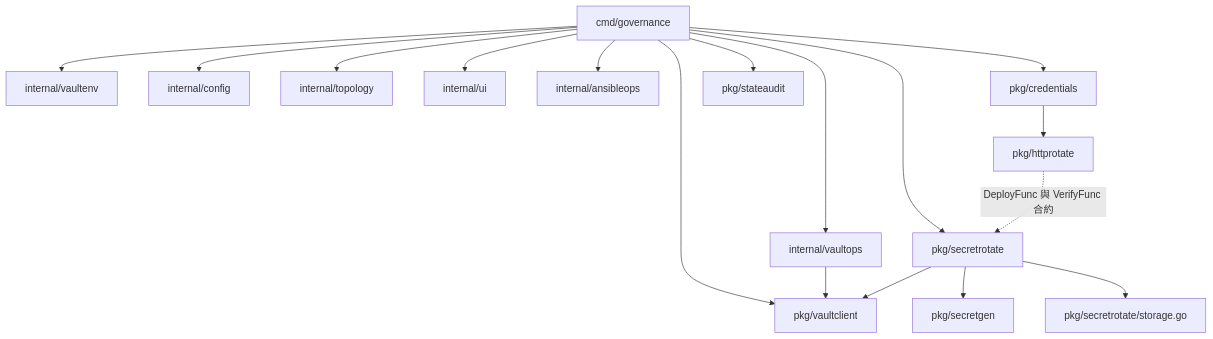
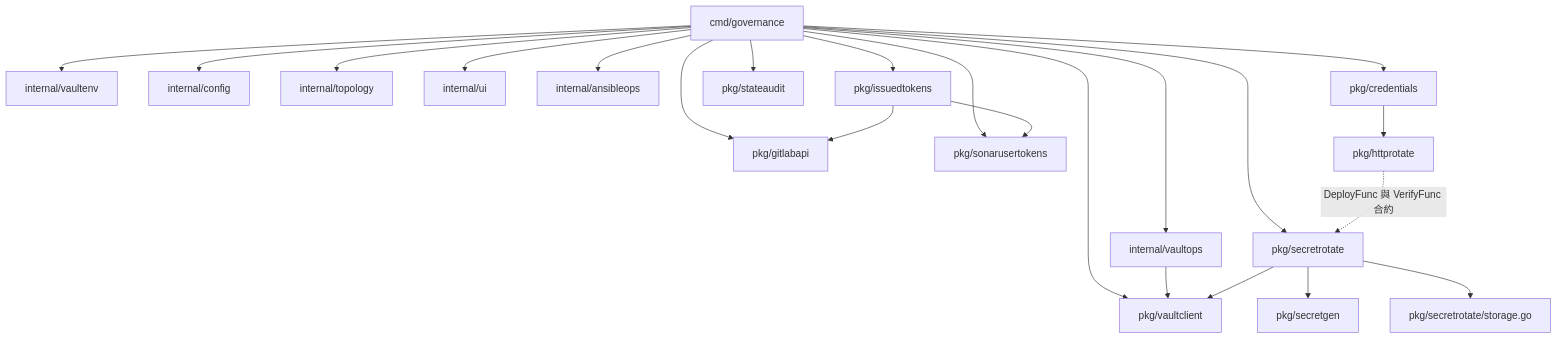
Before and after one commit to csning1998/parent-group-governance: the first of 3 diagrams in tools/governance/README.md, drawn with Mermaid. The commit also changed other lines of this file and 40 other files, not shown here.

````diff
--- a/tools/governance/README.md
+++ b/tools/governance/README.md
@@ -68,20 +71,25 @@
 ```mermaid
 flowchart TD
     CLI["cmd/governance"] --> VaultEnv["internal/vaultenv"]
     CLI --> ConfigPkg["internal/config"]
     CLI --> TopologyPkg["internal/topology"]
     CLI --> VaultOpsPkg["internal/vaultops"]
     CLI --> UIPkg["internal/ui"]
     CLI --> AnsiblePkg["internal/ansibleops"]
     CLI --> CredPkg["pkg/credentials"]
     CLI --> RotatePkg["pkg/secretrotate"]
     CLI --> StateAuditPkg["pkg/stateaudit"]
     CLI --> VaultClientPkg["pkg/vaultclient"]
+    CLI --> IssuedPkg["pkg/issuedtokens"]
+    CLI --> GitLabPkg["pkg/gitlabapi"]
+    CLI --> SonarPkg["pkg/sonarusertokens"]
+    IssuedPkg --> GitLabPkg
+    IssuedPkg --> SonarPkg
 
     VaultOpsPkg --> VaultClientPkg
     RotatePkg --> VaultClientPkg
     RotatePkg --> GenPkg["pkg/secretgen"]
     RotatePkg --> StoragePkg["pkg/secretrotate/storage.go"]
     CredPkg --> HTTPPkg["pkg/httprotate"]
     HTTPPkg -.->|"DeployFunc 與 VerifyFunc 合約"| RotatePkg
 ```
````
